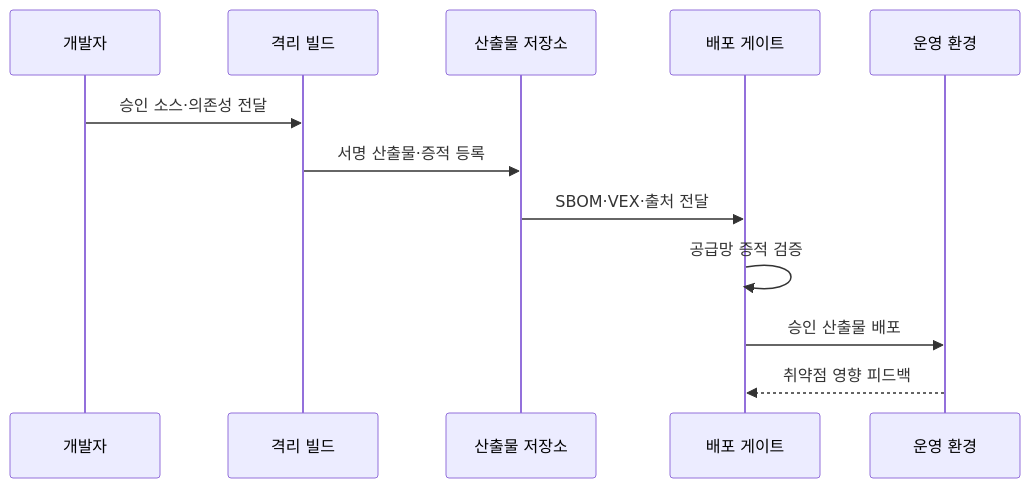
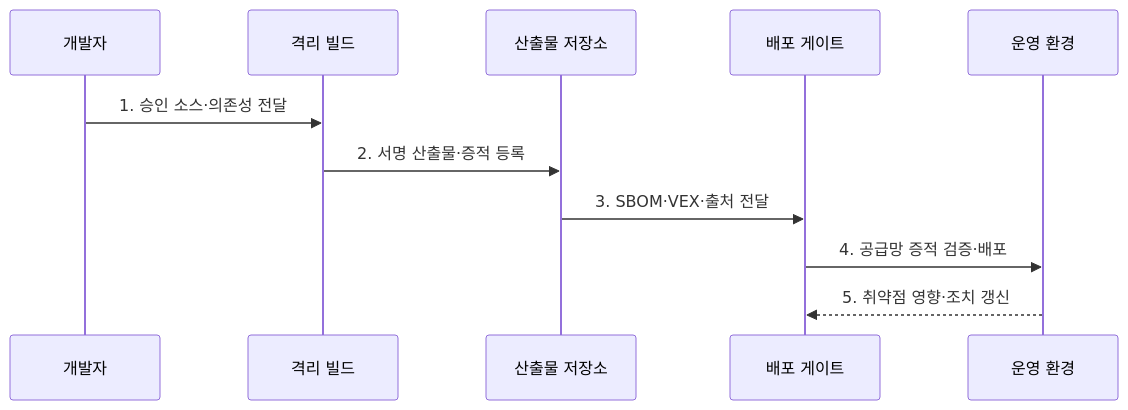
The second of 2 diagrams in src/content/docs/notes/05-security/076_supply_chain_security_sbom_vex.md (agnusdei1207/knowledge-base), drawn with Mermaid before and after one commit. The commit also changed other lines of this file and 8 other files, not shown here.

````diff
--- a/src/content/docs/notes/05-security/076_supply_chain_security_sbom_vex.md
+++ b/src/content/docs/notes/05-security/076_supply_chain_security_sbom_vex.md
@@ -89,14 +83,13 @@
 ```mermaid
 sequenceDiagram
     participant D as 개발자
     participant B as 격리 빌드
     participant R as 산출물 저장소
     participant G as 배포 게이트
     participant O as 운영 환경
-    D->>B: 승인 소스·의존성 전달
-    B->>R: 서명 산출물·증적 등록
-    R->>G: SBOM·VEX·출처 전달
-    G->>G: 공급망 증적 검증
-    G->>O: 승인 산출물 배포
-    O-->>G: 취약점 영향 피드백
+    D->>B: 1. 승인 소스·의존성 전달
+    B->>R: 2. 서명 산출물·증적 등록
+    R->>G: 3. SBOM·VEX·출처 전달
+    G->>O: 4. 공급망 증적 검증·배포
+    O-->>G: 5. 취약점 영향·조치 갱신
 ```
````
